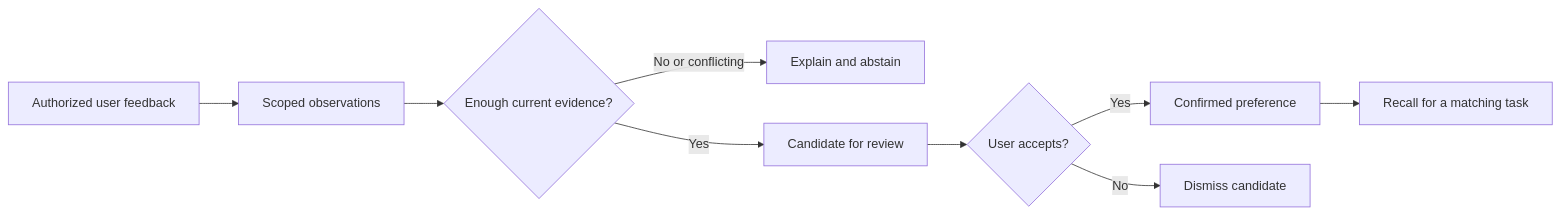
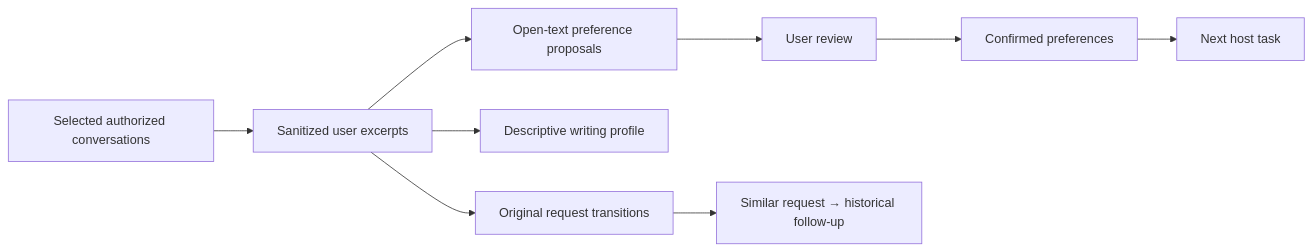
One commit to KarmenLoop/user-behavior-personalization changed the diagram in README.md. Above: the diagram before and after it, drawn with Mermaid. The commit also changed other lines of this file and 51 other files, not shown here.

Commit message:
Learn reviewable preferences from selected conversations (#7)

````diff
--- a/README.md
+++ b/README.md
@@ -40,11 +49,11 @@
 ```mermaid
 flowchart LR
-  A[Authorized user feedback] --> B[Scoped observations]
-  B --> C{Enough current evidence?}
-  C -->|No or conflicting| D[Explain and abstain]
-  C -->|Yes| E[Candidate for review]
-  E --> F{User accepts?}
-  F -->|Yes| G[Confirmed preference]
-  F -->|No| H[Dismiss candidate]
-  G --> I[Recall for a matching task]
+  A[Selected authorized conversations] --> B[Sanitized user excerpts]
+  B --> C[Open-text preference proposals]
+  B --> D[Descriptive writing profile]
+  B --> E[Original request transitions]
+  C --> F[User review]
+  F --> G[Confirmed preferences]
+  E --> H[Similar request → historical follow-up]
+  G --> I[Next host task]
 ```
````
